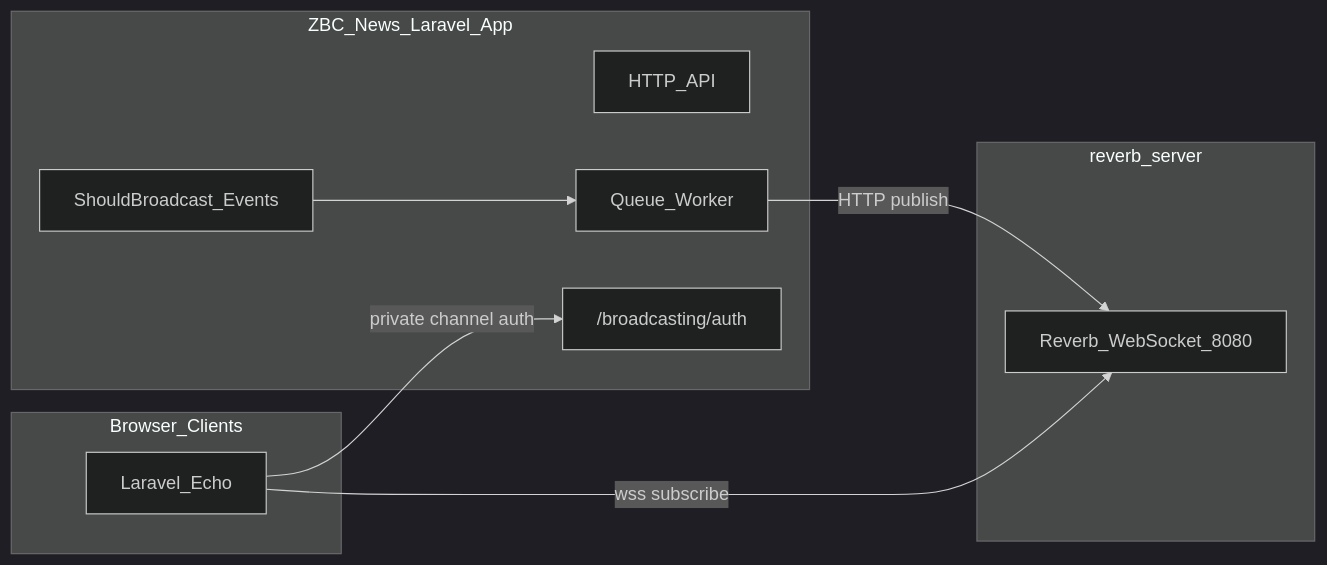
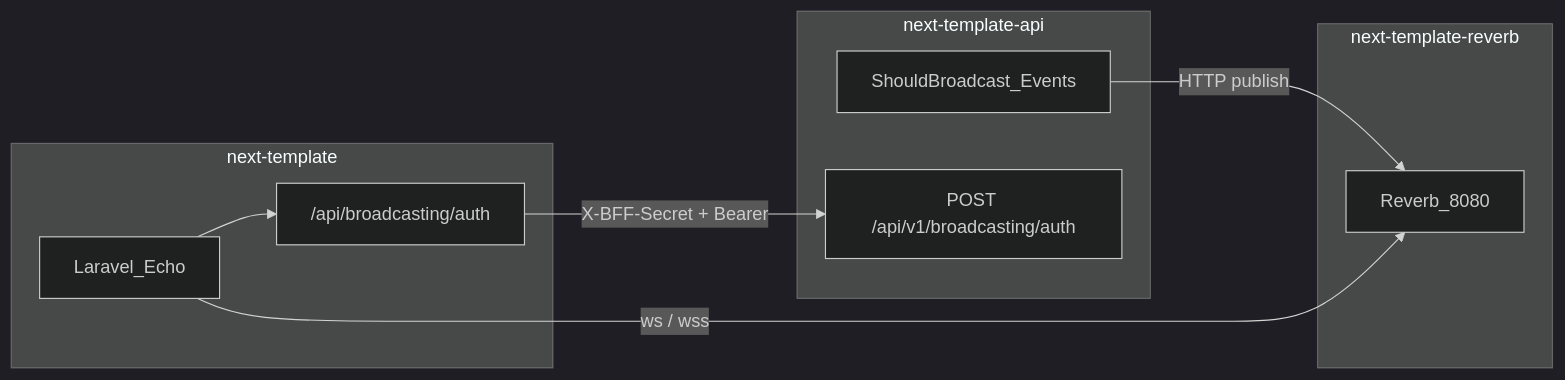
Before and after one commit to mahfuzahmedzisan/next-template-reverb: the diagram in README.md, drawn with Mermaid (dark theme). The commit also changed other lines of this file and 5 other files, not shown here.

First line of the commit message:
Align Reverb for next-template local setup

````diff
--- a/README.md
+++ b/README.md
@@ -7,22 +11,21 @@
 ```mermaid
 flowchart LR
-    subgraph mainApp [ZBC_News_Laravel_App]
-        API[HTTP_API]
-        Queue[Queue_Worker]
-        Auth["/broadcasting/auth"]
-        Events[ShouldBroadcast_Events]
-    end
+  subgraph nextApp [next-template]
+    Echo[Laravel_Echo]
+    BffAuth["/api/broadcasting/auth"]
+  end
 
-    subgraph reverbSvc [reverb_server]
-        Reverb[Reverb_WebSocket_8080]
-    end
+  subgraph apiApp [next-template-api]
+    Events[ShouldBroadcast_Events]
+    ChanAuth["POST /api/v1/broadcasting/auth"]
+  end
 
-    subgraph clients [Browser_Clients]
-        Echo[Laravel_Echo]
-    end
+  subgraph reverbSvc [next-template-reverb]
+    Reverb[Reverb_8080]
+  end
 
-    Events --> Queue
-    Queue -->|"HTTP publish"| Reverb
-    Echo -->|"wss subscribe"| Reverb
-    Echo -->|"private channel auth"| Auth
+  Events -->|"HTTP publish"| Reverb
+  Echo -->|"ws / wss"| Reverb
+  Echo --> BffAuth
+  BffAuth -->|"X-BFF-Secret + Bearer"| ChanAuth
 ```
````
